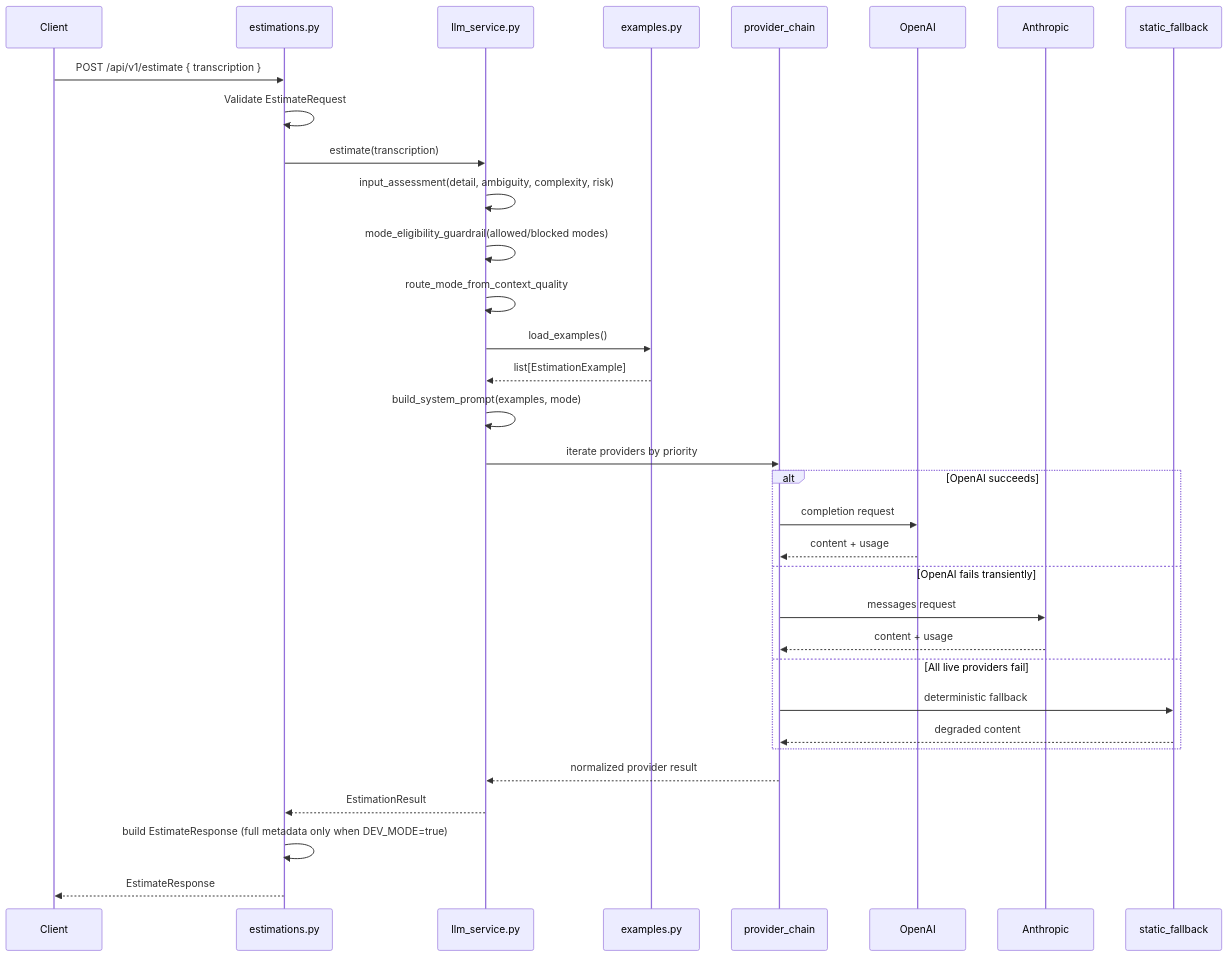
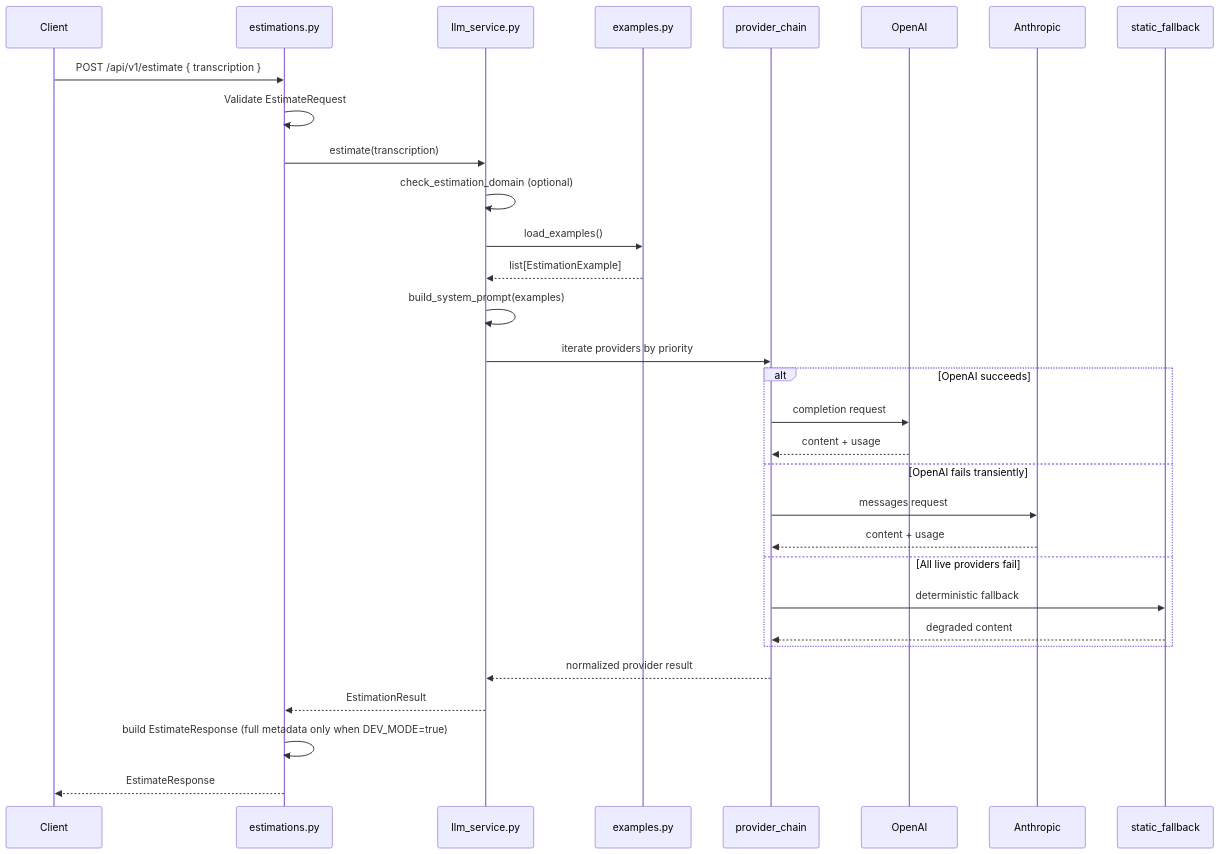
Before and after one commit to povedica/master-ia-lidr: the second of 2 diagrams in docs/technical/README.md, drawn with Mermaid. The commit also changed other lines of this file and 3 other files, not shown here.

Commit message:
docs(feature-025): document single estimation path and retire mode table

````diff
--- a/docs/technical/README.md
+++ b/docs/technical/README.md
@@ -284,36 +273,34 @@
 ```mermaid
 sequenceDiagram
     participant Client
     participant Router as estimations.py
     participant Service as llm_service.py
     participant Context as examples.py
     participant Chain as provider_chain
     participant OpenAI
     participant Anthropic
     participant Static as static_fallback
 
     Client->>Router: POST /api/v1/estimate { transcription }
     Router->>Router: Validate EstimateRequest
     Router->>Service: estimate(transcription)
-    Service->>Service: input_assessment(detail, ambiguity, complexity, risk)
-    Service->>Service: mode_eligibility_guardrail(allowed/blocked modes)
-    Service->>Service: route_mode_from_context_quality
+    Service->>Service: check_estimation_domain (optional)
     Service->>Context: load_examples()
     Context-->>Service: list[EstimationExample]
-    Service->>Service: build_system_prompt(examples, mode)
+    Service->>Service: build_system_prompt(examples)
     Service->>Chain: iterate providers by priority
     alt OpenAI succeeds
         Chain->>OpenAI: completion request
         OpenAI-->>Chain: content + usage
     else OpenAI fails transiently
         Chain->>Anthropic: messages request
         Anthropic-->>Chain: content + usage
     else All live providers fail
         Chain->>Static: deterministic fallback
         Static-->>Chain: degraded content
     end
     Chain-->>Service: normalized provider result
     Service-->>Router: EstimationResult
     Router->>Router: build EstimateResponse (full metadata only when DEV_MODE=true)
     Router-->>Client: EstimateResponse
 ```
````
